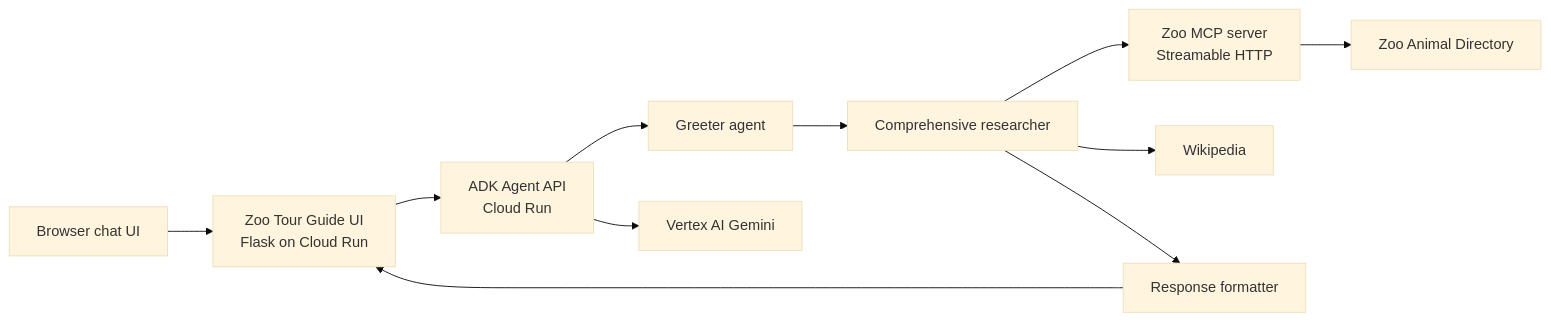
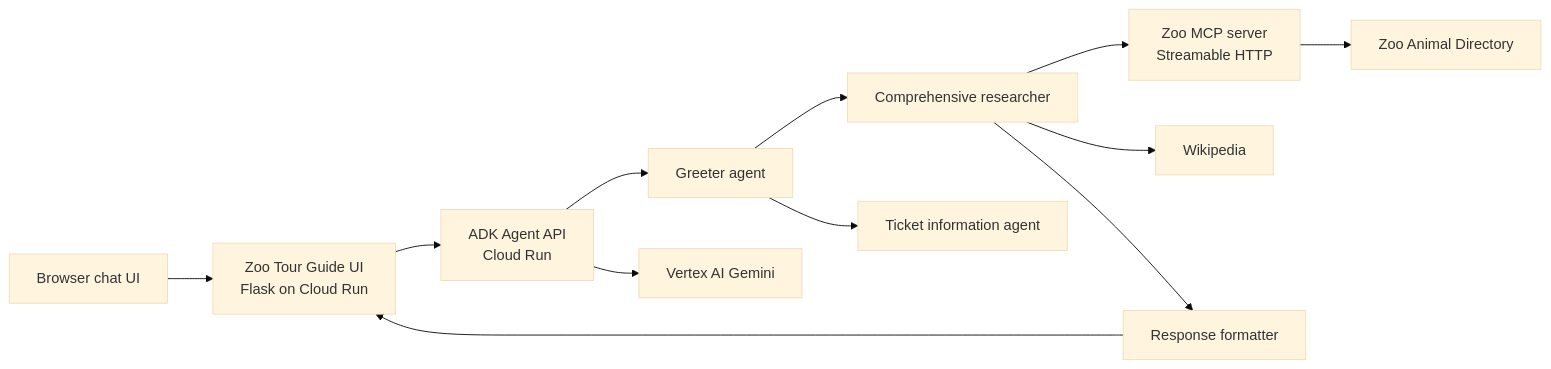
The diagram in README.md (VJKumar57/ada-multi-agent-zooAgent), drawn with Mermaid (base theme) before and after one commit. The commit also changed other lines of this file and 2 other files, not shown here.

Commit message:
Add zoo ticket information agent

````diff
--- a/README.md
+++ b/README.md
@@ -15,13 +15,14 @@
 ```mermaid
 flowchart LR
     Browser[Browser chat UI] --> UI[Zoo Tour Guide UI<br/>Flask on Cloud Run]
     UI --> API[ADK Agent API<br/>Cloud Run]
     API --> Greeter[Greeter agent]
     Greeter --> Research[Comprehensive researcher]
+    Greeter --> Tickets[Ticket information agent]
     Research --> MCP[Zoo MCP server<br/>Streamable HTTP]
     Research --> Wiki[Wikipedia]
     Research --> Format[Response formatter]
     Format --> UI
     MCP --> ZooData[Zoo Animal Directory]
     API --> Vertex[Vertex AI Gemini]
 ```
````
